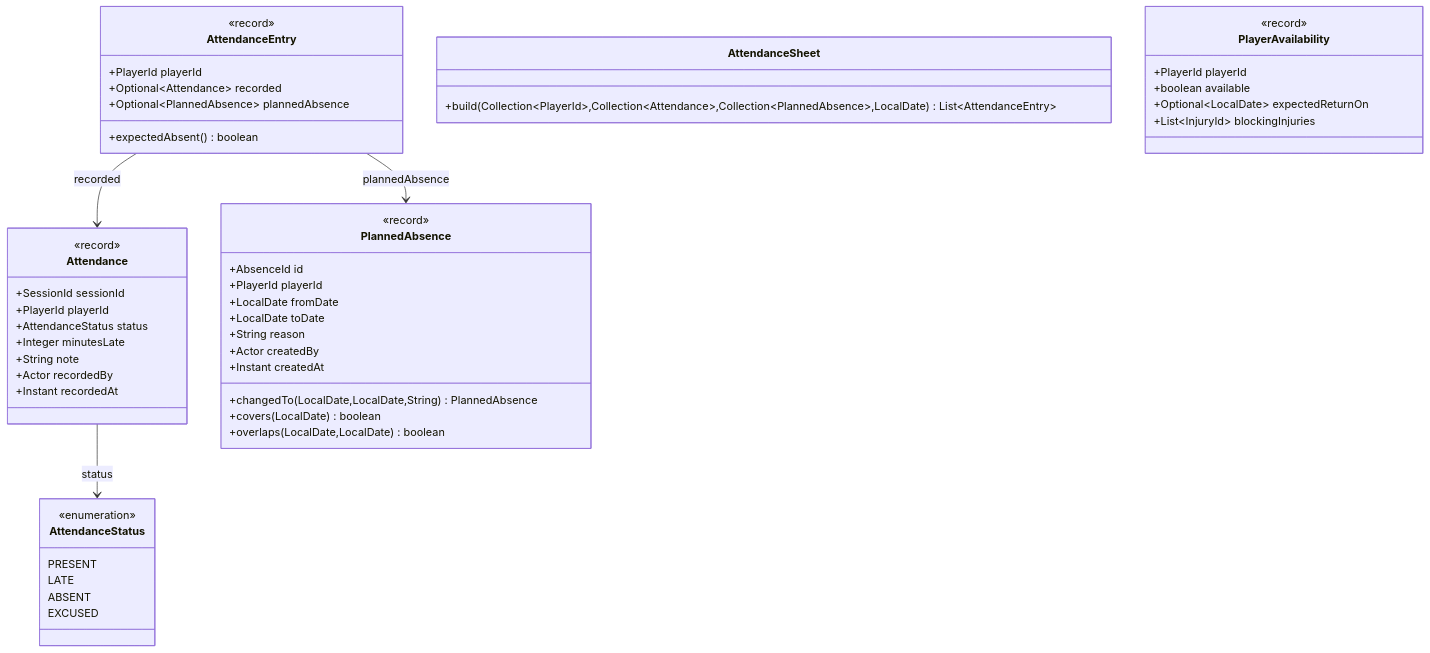
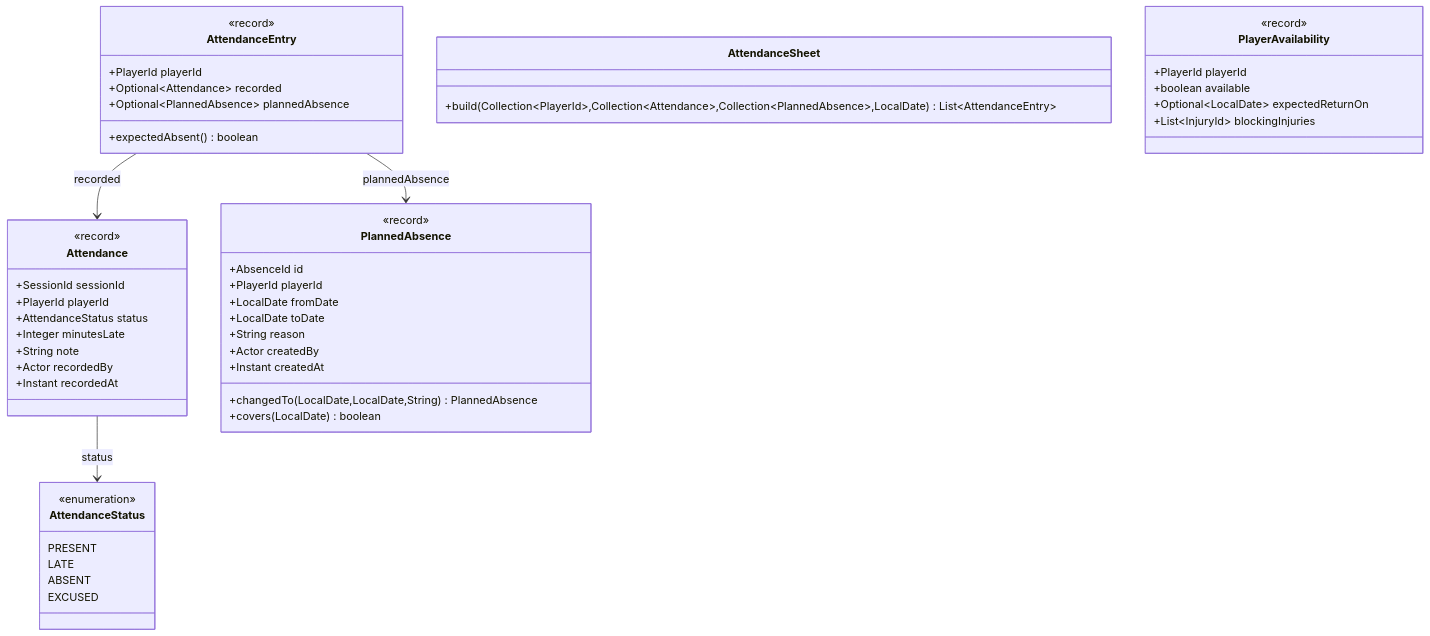
Before and after one commit to davidbejar/hoops-academy: the sixth of 13 diagrams in docs/domain/athlete-model.md, drawn with Mermaid. The commit also changed other lines of this file, not shown here.

Commit message:
docs(athlete): regenerate the model diagrams (just diagrams)

````diff
--- a/docs/domain/athlete-model.md
+++ b/docs/domain/athlete-model.md
@@ -515,53 +515,52 @@
 ```mermaid
 classDiagram
     class Attendance {
         <<record>>
         +SessionId sessionId
         +PlayerId playerId
         +AttendanceStatus status
         +Integer minutesLate
         +String note
         +Actor recordedBy
         +Instant recordedAt
     }
     class AttendanceEntry {
         <<record>>
         +PlayerId playerId
         +Optional~Attendance~ recorded
         +Optional~PlannedAbsence~ plannedAbsence
         +expectedAbsent() boolean
     }
     class AttendanceSheet {
         +build(Collection~PlayerId~,Collection~Attendance~,Collection~PlannedAbsence~,LocalDate) List~AttendanceEntry~
     }
     class AttendanceStatus {
         <<enumeration>>
         PRESENT
         LATE
         ABSENT
         EXCUSED
     }
     class PlannedAbsence {
         <<record>>
         +AbsenceId id
         +PlayerId playerId
         +LocalDate fromDate
         +LocalDate toDate
         +String reason
         +Actor createdBy
         +Instant createdAt
         +changedTo(LocalDate,LocalDate,String) PlannedAbsence
         +covers(LocalDate) boolean
-        +overlaps(LocalDate,LocalDate) boolean
     }
     class PlayerAvailability {
         <<record>>
         +PlayerId playerId
         +boolean available
         +Optional~LocalDate~ expectedReturnOn
         +List~InjuryId~ blockingInjuries
     }
     Attendance --> AttendanceStatus : status
     AttendanceEntry --> Attendance : recorded
     AttendanceEntry --> PlannedAbsence : plannedAbsence
 ```
````
